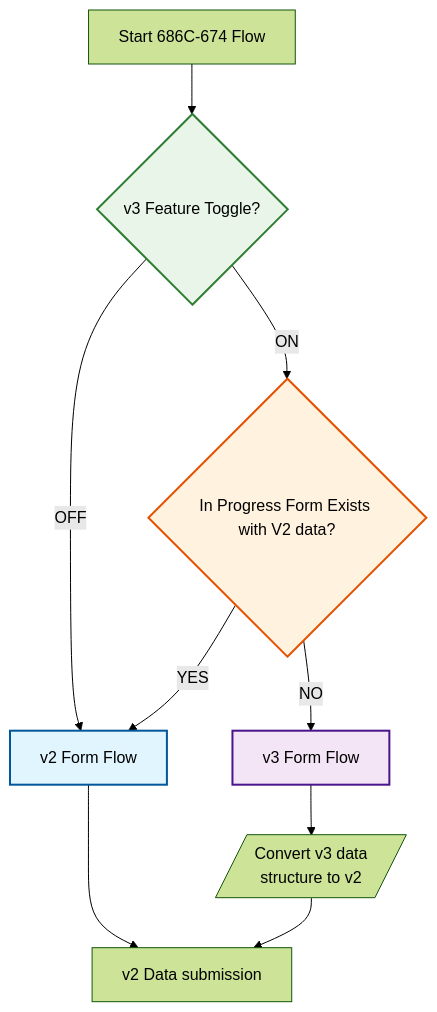
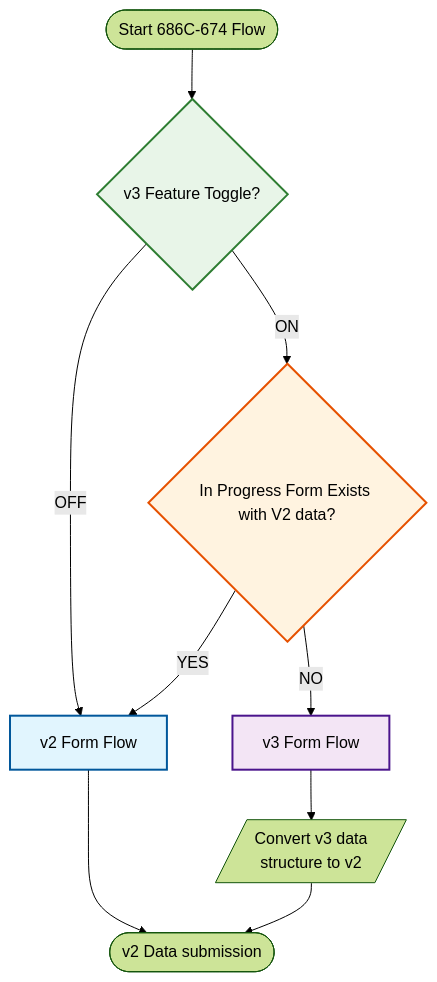
The diagram in products/dependents/picklist/transition-strategy.md (department-of-veterans-affairs/va.gov-team), drawn with Mermaid (forest theme) before and after one commit.

Commit message:
Fix flowchart symbols

````diff
--- a/products/dependents/picklist/transition-strategy.md
+++ b/products/dependents/picklist/transition-strategy.md
@@ -39,29 +39,29 @@
 ```mermaid
 flowchart TD
-    Start[Start 686C-674 Flow]
+    Start([Start 686C-674 Flow])
     ToggleCheck{v3 Feature Toggle?}
 
     Start --> ToggleCheck
 
     %% v3 Feature Toggle OFF path
     ToggleCheck -- "OFF" --> V2Flow[v2 Form Flow]
-    V2Flow --> V2Submit[v2 Data submission]
+    V2Flow --> V2Submit([v2 Data submission])
 
     %% v3 Feature Toggle ON path
     ToggleCheck -- "ON" --> InProgressCheck{In Progress Form Exists with V2 data?}
 
     %% Branch back to v2 if in progress form exists
     InProgressCheck -- "YES" --> V2Flow
 
     %% Continue with v3 if no in progress form
     InProgressCheck -- "NO" --> V3Flow[v3 Form Flow]
     V3Flow --> convertV3toV2Data[/Convert v3 data<br>structure to v2/]
 
     convertV3toV2Data --> V2Submit
 
     %% Styling
     style V2Flow fill:#e1f5fe,stroke:#01579b,stroke-width:2px,color:#000000
     style V3Flow fill:#f3e5f5,stroke:#4a148c,stroke-width:2px,color:#000000
     style InProgressCheck fill:#fff3e0,stroke:#e65100,stroke-width:2px,color:#000000
     style ToggleCheck fill:#e8f5e8,stroke:#2e7d32,stroke-width:2px,color:#000000
 ```
````
